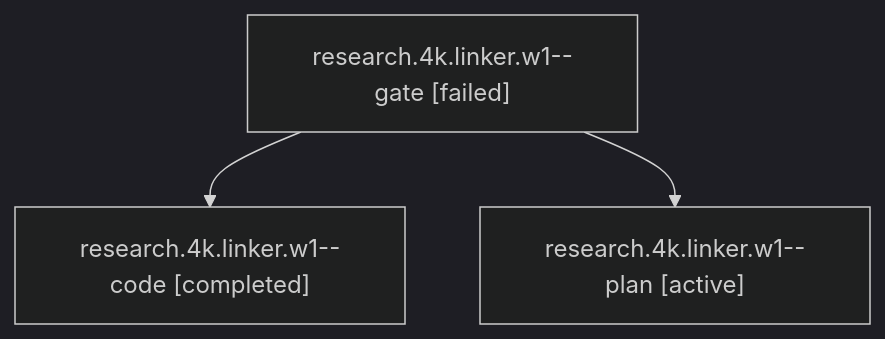
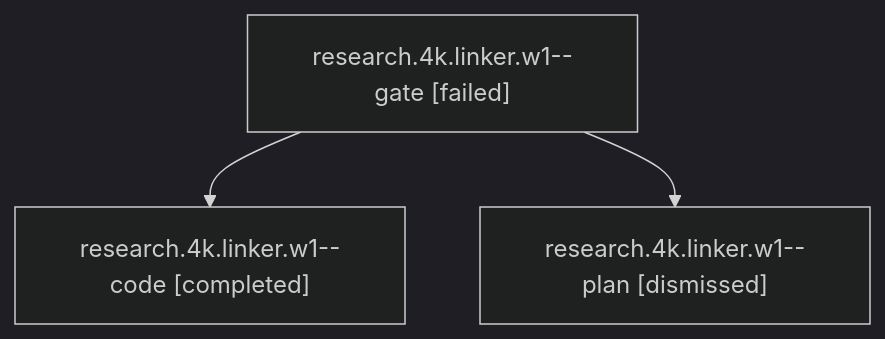
Before and after one commit to bobs-org/bob-cli--agents: the diagram in sessions/bbugyi200.athena.research.4k.linker.w1.md, drawn with Mermaid (dark theme). The commit also changed other lines of this file and 590 other files, not shown here.

````diff
--- a/sessions/bbugyi200.athena.research.4k.linker.w1.md
+++ b/sessions/bbugyi200.athena.research.4k.linker.w1.md
@@ -9,8 +9,8 @@
 ```mermaid
 flowchart TD
   n0["research.4k.linker.w1--gate [failed]"]
   n1["research.4k.linker.w1--code [completed]"]
   n0 --> n1
-  n2["research.4k.linker.w1--plan [active]"]
+  n2["research.4k.linker.w1--plan [dismissed]"]
   n0 --> n2
 ```
````
